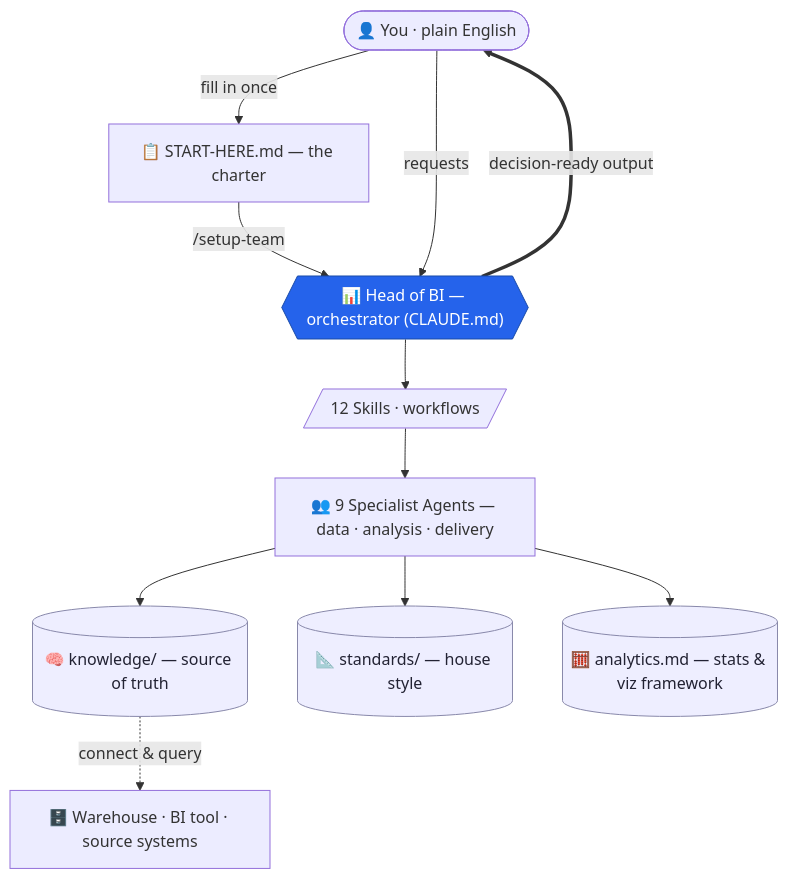
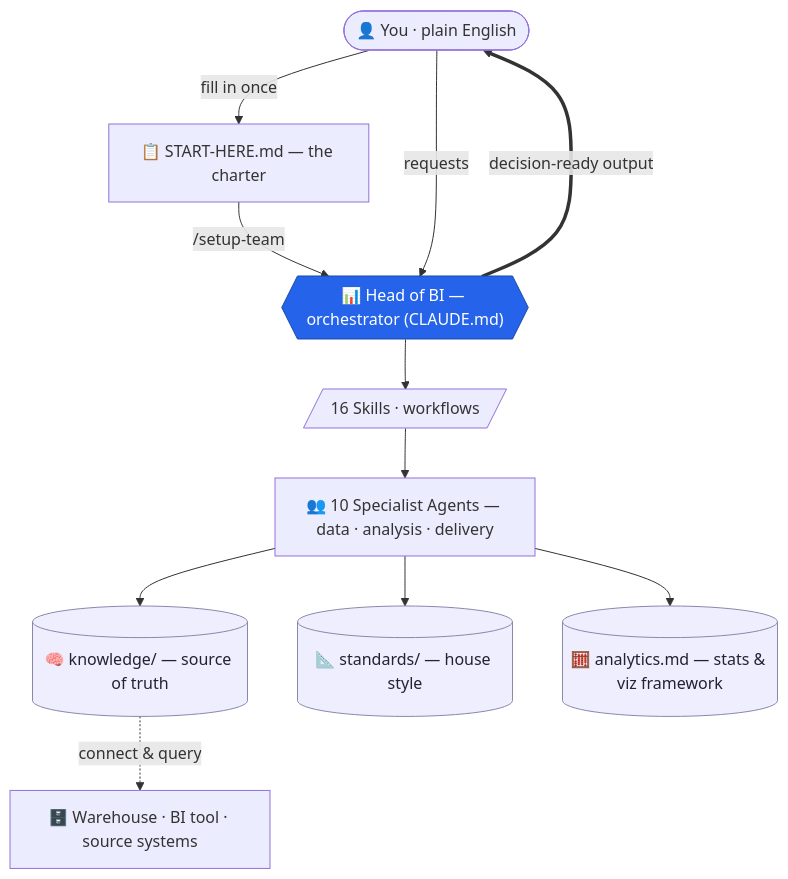
Before and after one commit to link7373/agentic-bi-team: the first of 2 diagrams in README.md, drawn with Mermaid. The commit also changed other lines of this file and 79 other files, not shown here.

````diff
--- a/README.md
+++ b/README.md
@@ -44,17 +45,17 @@
 ```mermaid
 flowchart TD
 A(["👤 You · plain English"]) -->|"fill in once"| B["📋 START-HERE.md — the charter"]
 B -->|"/setup-team"| M
 A -->|"requests"| M{{"📊 Head of BI — orchestrator (CLAUDE.md)"}}
-M --> SK[/"12 Skills · workflows"/]
-SK --> AG["👥 9 Specialist Agents — data · analysis · delivery"]
+M --> SK[/"16 Skills · workflows"/]
+SK --> AG["👥 10 Specialist Agents — data · analysis · delivery"]
 AG --> KN[("🧠 knowledge/ — source of truth")]
 AG --> ST[("📐 standards/ — house style")]
 AG --> AR[("🧮 analytics.md — stats & viz framework")]
 KN -. "connect & query" .-> DATA["🗄️ Warehouse · BI tool · source systems"]
 M ==>|"decision-ready output"| A
 classDef hub fill:#2563EB,stroke:#1a4ba8,color:#fff;
 classDef store fill:#eef,stroke:#88a,color:#223;
 class M hub;
 class KN,ST,AR store;
 ```
````
